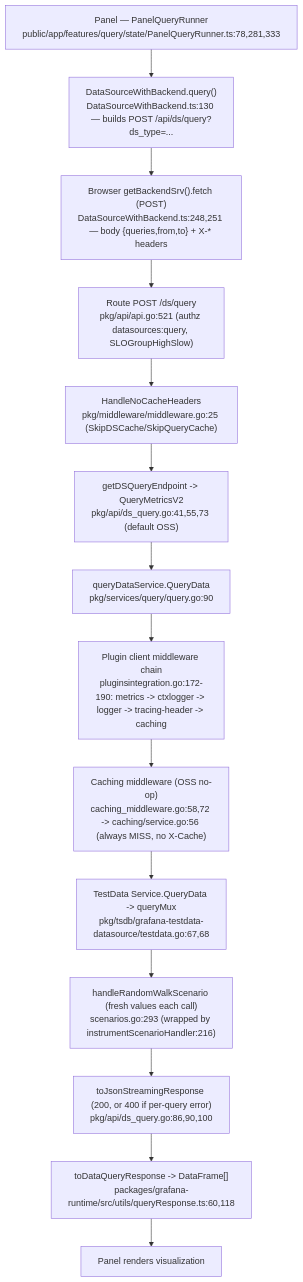
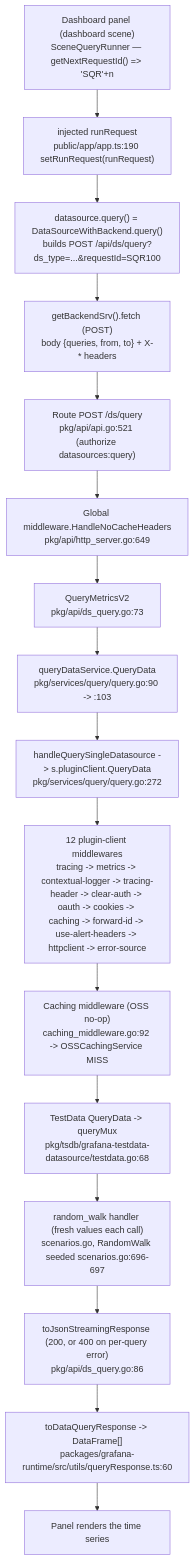
The diagram in blitzy/documentation/grafana_4550cfb5b728.md (blitzy-research/grafana), drawn with Mermaid before and after one commit. The commit also changed other lines of this file, not shown here.

````diff
--- a/blitzy/documentation/grafana_4550cfb5b728.md
+++ b/blitzy/documentation/grafana_4550cfb5b728.md
@@ -152,16 +142,18 @@
 ```mermaid
 flowchart TD
-    A["Panel &mdash; PanelQueryRunner<br/>public/app/features/query/state/PanelQueryRunner.ts:78,281,333"] --> B["DataSourceWithBackend.query()<br/>DataSourceWithBackend.ts:130 &mdash; builds POST /api/ds/query?ds_type=..."]
-    B --> C["Browser getBackendSrv().fetch (POST)<br/>DataSourceWithBackend.ts:248,251 &mdash; body {queries,from,to} + X-* headers"]
-    C --> D["Route POST /ds/query<br/>pkg/api/api.go:521 (authz datasources:query, SLOGroupHighSlow)"]
-    D --> E["HandleNoCacheHeaders<br/>pkg/middleware/middleware.go:25 (SkipDSCache/SkipQueryCache)"]
-    E --> F["getDSQueryEndpoint -> QueryMetricsV2<br/>pkg/api/ds_query.go:41,55,73 (default OSS)"]
-    F --> G["queryDataService.QueryData<br/>pkg/services/query/query.go:90"]
-    G --> H["Plugin client middleware chain<br/>pluginsintegration.go:172-190: metrics -> ctxlogger -> logger -> tracing-header -> caching"]
-    H --> I["Caching middleware (OSS no-op)<br/>caching_middleware.go:58,72 -> caching/service.go:56 (always MISS, no X-Cache)"]
-    I --> J["TestData Service.QueryData -> queryMux<br/>pkg/tsdb/grafana-testdata-datasource/testdata.go:67,68"]
-    J --> K["handleRandomWalkScenario (fresh values each call)<br/>scenarios.go:293 (wrapped by instrumentScenarioHandler:216)"]
-    K --> L["toJsonStreamingResponse (200, or 400 if per-query error)<br/>pkg/api/ds_query.go:86,90,100"]
-    L --> M["toDataQueryResponse -> DataFrame[]<br/>packages/grafana-runtime/src/utils/queryResponse.ts:60,118"]
-    M --> N["Panel renders visualization"]
+    A["Dashboard panel (dashboard scene)<br/>SceneQueryRunner — getNextRequestId() => 'SQR'+n"] --> B["injected runRequest<br/>public/app/app.ts:190 setRunRequest(runRequest)"]
+    B --> C["datasource.query() = DataSourceWithBackend.query()<br/>builds POST /api/ds/query?ds_type=...&requestId=SQR100"]
+    C --> D["getBackendSrv().fetch (POST)<br/>body {queries, from, to} + X-* headers"]
+    D --> E["Route POST /ds/query<br/>pkg/api/api.go:521 (authorize datasources:query)"]
+    E --> F["Global middleware.HandleNoCacheHeaders<br/>pkg/api/http_server.go:649"]
+    F --> G["QueryMetricsV2<br/>pkg/api/ds_query.go:73"]
+    G --> H["queryDataService.QueryData<br/>pkg/services/query/query.go:90 -> :103"]
+    H --> I["handleQuerySingleDatasource -> s.pluginClient.QueryData<br/>pkg/services/query/query.go:272"]
+    I --> J["12 plugin-client middlewares<br/>tracing -> metrics -> contextual-logger -> tracing-header -> clear-auth -> oauth -> cookies -> caching -> forward-id -> use-alert-headers -> httpclient -> error-source"]
+    J --> K["Caching middleware (OSS no-op)<br/>caching_middleware.go:92 -> OSSCachingService MISS"]
+    K --> L["TestData QueryData -> queryMux<br/>pkg/tsdb/grafana-testdata-datasource/testdata.go:68"]
+    L --> M["random_walk handler (fresh values each call)<br/>scenarios.go, RandomWalk seeded scenarios.go:696-697"]
+    M --> N["toJsonStreamingResponse (200, or 400 on per-query error)<br/>pkg/api/ds_query.go:86"]
+    N --> O["toDataQueryResponse -> DataFrame[]<br/>packages/grafana-runtime/src/utils/queryResponse.ts:60"]
+    O --> P["Panel renders the time series"]
 ```
````
